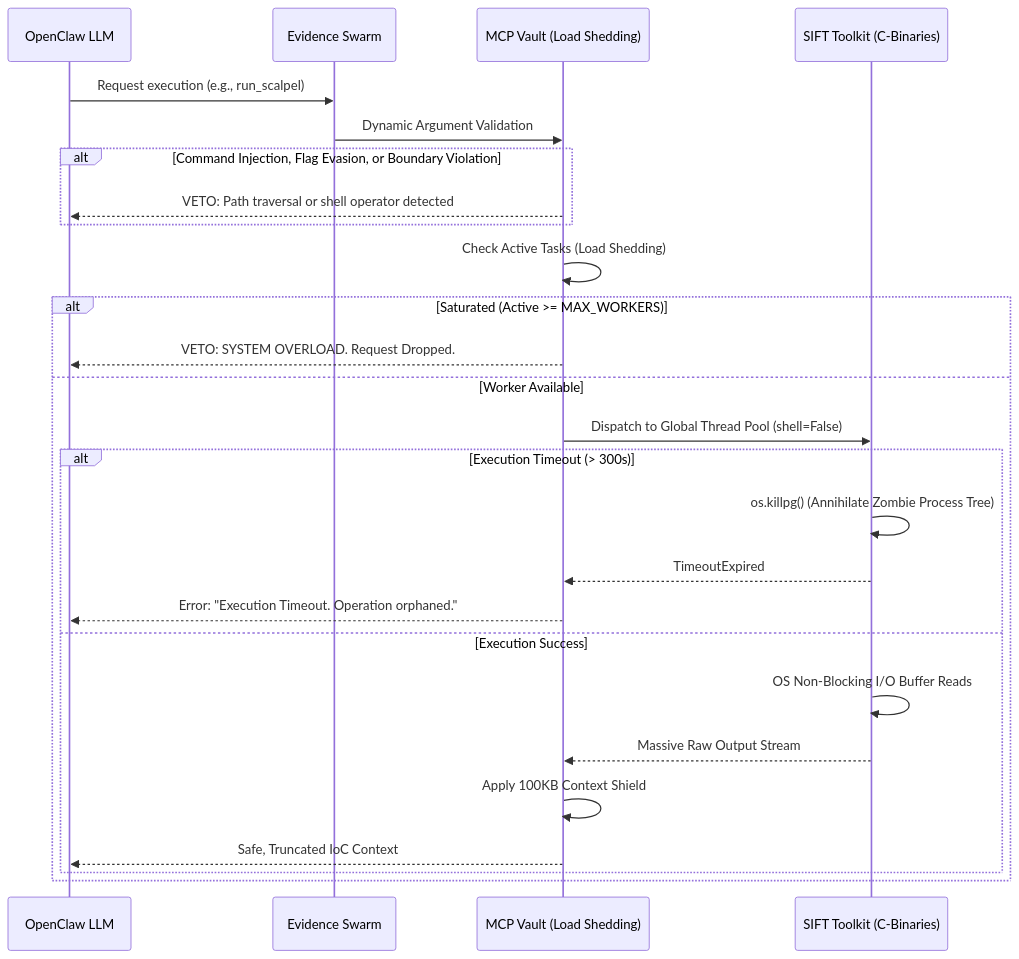
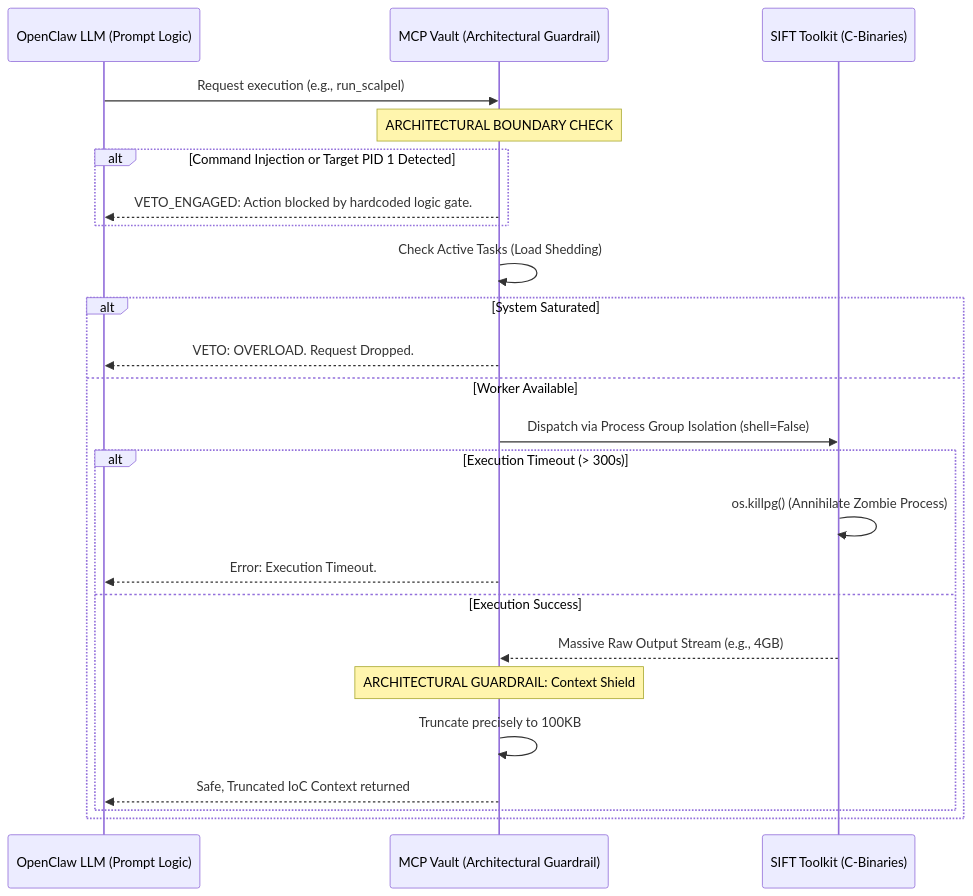
One commit to ArcVielLouvent/yomi-triage-system changed the second of 4 diagrams in README.md. Above: the diagram before and after it, drawn with Mermaid. The commit also changed other lines of this file and 1 other file, not shown here.

Commit message:
docs(readme & dataset): Refactor readme mermaid diagram

````diff
--- a/README.md
+++ b/README.md
@@ -159,32 +156,30 @@
 ```mermaid
 sequenceDiagram;
-    participant LLM as OpenClaw LLM
-    participant Swarm as Evidence Swarm
-    participant Vault as MCP Vault (Load Shedding)
+    participant LLM as OpenClaw LLM (Prompt Logic)
+    participant Vault as MCP Vault (Architectural Guardrail)
     participant SIFT as SIFT Toolkit (C-Binaries)
 
-    LLM->>Swarm: Request execution (e.g., run_scalpel)
-    Swarm->>Vault: Dynamic Argument Validation
+    LLM->>Vault: Request execution (e.g., run_scalpel)
+    Note over Vault: ARCHITECTURAL BOUNDARY CHECK
     
-    alt Command Injection, Flag Evasion, or Boundary Violation
-        Vault-->>LLM: VETO: Path traversal or shell operator detected
+    alt Command Injection or Target PID 1 Detected
+        Vault-->>LLM: VETO_ENGAGED: Action blocked by hardcoded logic gate.
     end
 
     Vault->>Vault: Check Active Tasks (Load Shedding)
-    alt Saturated (Active >= MAX_WORKERS)
-        Vault-->>LLM: VETO: SYSTEM OVERLOAD. Request Dropped.
+    alt System Saturated
+        Vault-->>LLM: VETO: OVERLOAD. Request Dropped.
     else Worker Available
-        Vault->>SIFT: Dispatch to Global Thread Pool (shell=False)
+        Vault->>SIFT: Dispatch via Process Group Isolation (shell=False)
 
         alt Execution Timeout (> 300s)
-            SIFT->>SIFT: os.killpg() (Annihilate Zombie Process Tree)
-            SIFT-->>Vault: TimeoutExpired
-            Vault-->>LLM: Error: "Execution Timeout. Operation orphaned."
+            SIFT->>SIFT: os.killpg() (Annihilate Zombie Process)
+            Vault-->>LLM: Error: Execution Timeout.
         else Execution Success
-            SIFT->>SIFT: OS Non-Blocking I/O Buffer Reads
-            SIFT-->>Vault: Massive Raw Output Stream
-            Vault->>Vault: Apply 100KB Context Shield
-            Vault-->>LLM: Safe, Truncated IoC Context
+            SIFT-->>Vault: Massive Raw Output Stream (e.g., 4GB)
+            Note over Vault: ARCHITECTURAL GUARDRAIL: Context Shield
+            Vault->>Vault: Truncate precisely to 100KB
+            Vault-->>LLM: Safe, Truncated IoC Context returned
         end
     end
 ```
````
